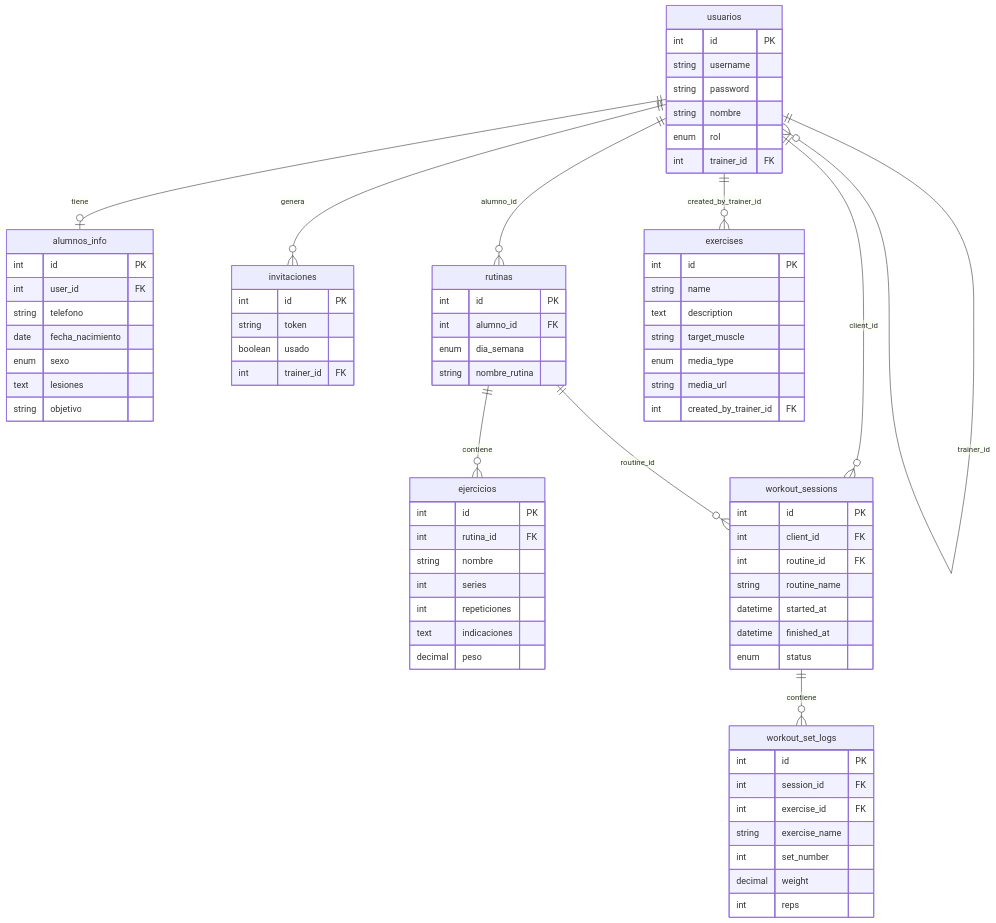
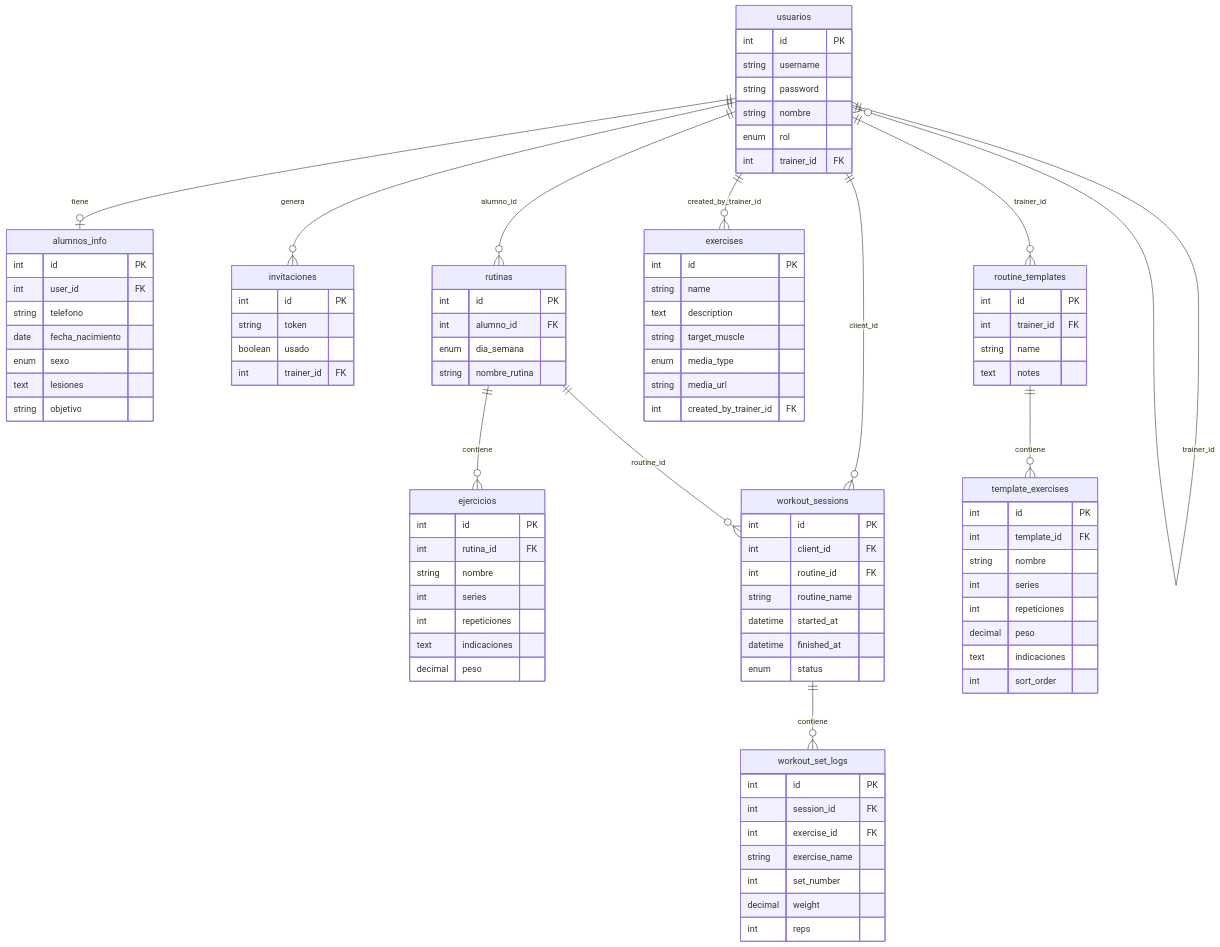
Before and after one commit to Jhon-Fuenwhv2024/appEntrenador: the diagram in appEntrenador/docs/database-schema.md, drawn with Mermaid. The commit also changed other lines of this file and 24 other files, not shown here.

````diff
--- a/appEntrenador/docs/database-schema.md
+++ b/appEntrenador/docs/database-schema.md
@@ -15,6 +15,8 @@
   usuarios ||--o{ workout_sessions : "client_id"
   rutinas ||--o{ workout_sessions : "routine_id"
   workout_sessions ||--o{ workout_set_logs : "contiene"
+  usuarios ||--o{ routine_templates : "trainer_id"
+  routine_templates ||--o{ template_exercises : "contiene"
 
   usuarios {
     int id PK
@@ -88,4 +90,22 @@
     boolean usado
     int trainer_id FK
   }
+
+  routine_templates {
+    int id PK
+    int trainer_id FK
+    string name
+    text notes
+  }
+
+  template_exercises {
+    int id PK
+    int template_id FK
+    string nombre
+    int series
+    int repeticiones
+    decimal peso
+    text indicaciones
+    int sort_order
+  }
 ```
````
